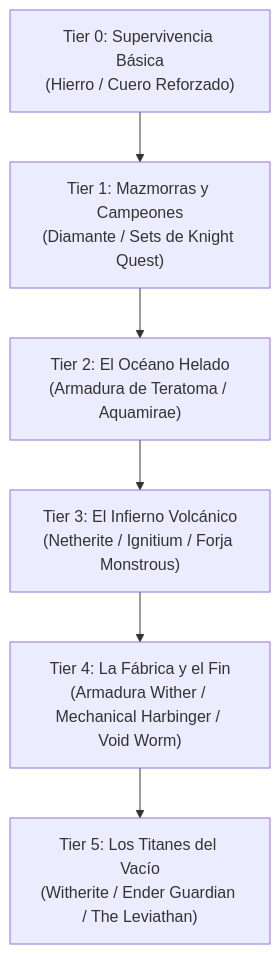
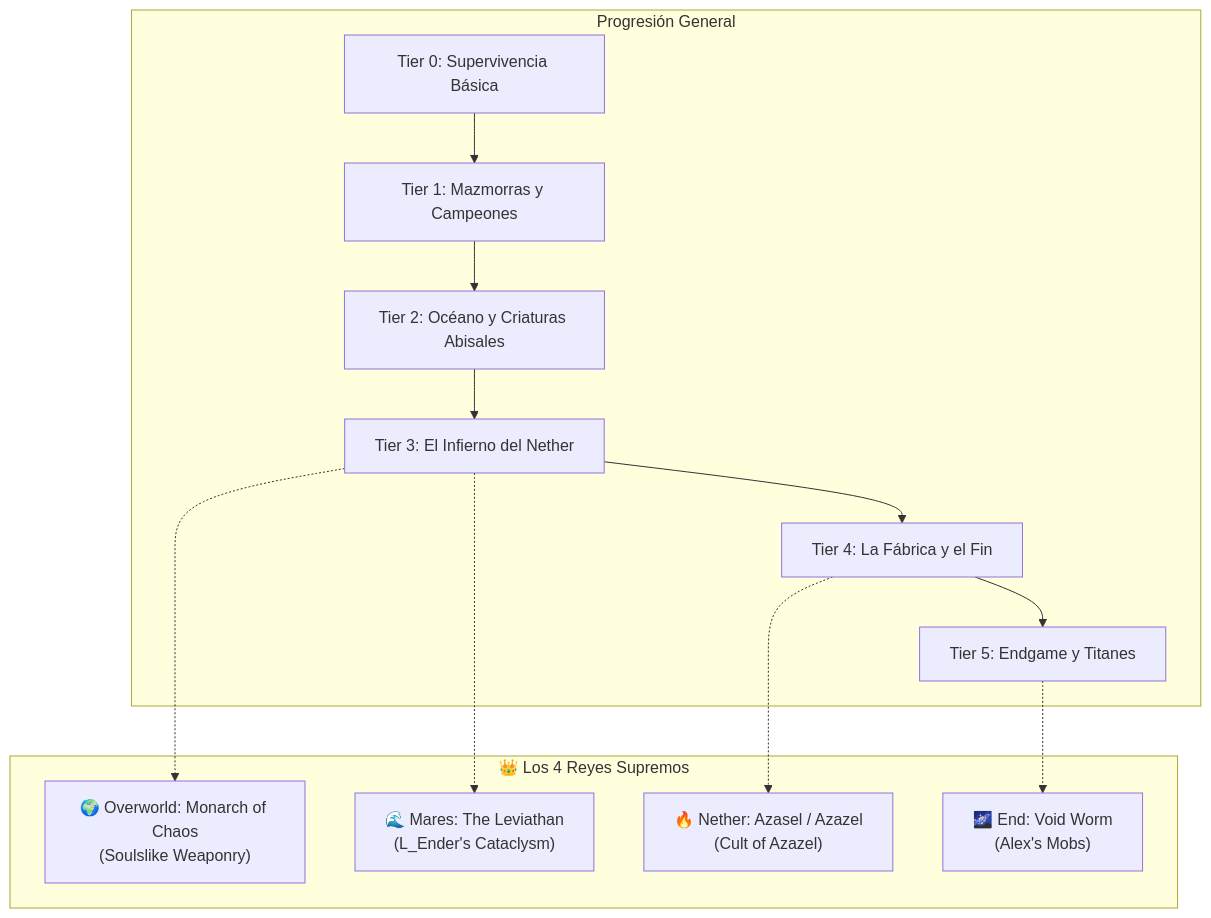
Before and after one commit to JebGy/cenizas-del-cataclismo: the diagram in progresion_jefes_armaduras.md, drawn with Mermaid. The commit also changed other lines of this file, not shown here.

Commit message:
docs: actualizar progresion_jefes_armaduras con los 4 Reyes Supremos

````diff
--- a/progresion_jefes_armaduras.md
+++ b/progresion_jefes_armaduras.md
@@ -10,8 +10,22 @@
 ```mermaid
 graph TD
-    T0["Tier 0: Supervivencia Básica<br/>(Hierro / Cuero Reforzado)"] --> T1["Tier 1: Mazmorras y Campeones<br/>(Diamante / Sets de Knight Quest)"]
-    T1 --> T2["Tier 2: El Océano Helado<br/>(Armadura de Teratoma / Aquamirae)"]
-    T2 --> T3["Tier 3: El Infierno Volcánico<br/>(Netherite / Ignitium / Forja Monstrous)"]
-    T3 --> T4["Tier 4: La Fábrica y el Fin<br/>(Armadura Wither / Mechanical Harbinger / Void Worm)"]
-    T4 --> T5["Tier 5: Los Titanes del Vacío<br/>(Witherite / Ender Guardian / The Leviathan)"]
+    subgraph "Progresión General"
+        T0["Tier 0: Supervivencia Básica"] --> T1["Tier 1: Mazmorras y Campeones"]
+        T1 --> T2["Tier 2: Océano y Criaturas Abisales"]
+        T2 --> T3["Tier 3: El Infierno del Nether"]
+        T3 --> T4["Tier 4: La Fábrica y el Fin"]
+        T4 --> T5["Tier 5: Endgame y Titanes"]
+    end
+
+    subgraph "👑 Los 4 Reyes Supremos"
+        OW["🌍 Overworld: Monarch of Chaos<br/>(Soulslike Weaponry)"]
+        SEA["🌊 Mares: The Leviathan<br/>(L_Ender's Cataclysm)"]
+        NETH["🔥 Nether: Azasel / Azazel<br/>(Cult of Azazel)"]
+        END["🌌 End: Void Worm<br/>(Alex's Mobs)"]
+    end
+
+    T3 -.-> OW
+    T3 -.-> SEA
+    T4 -.-> NETH
+    T5 -.-> END
 ```
````
